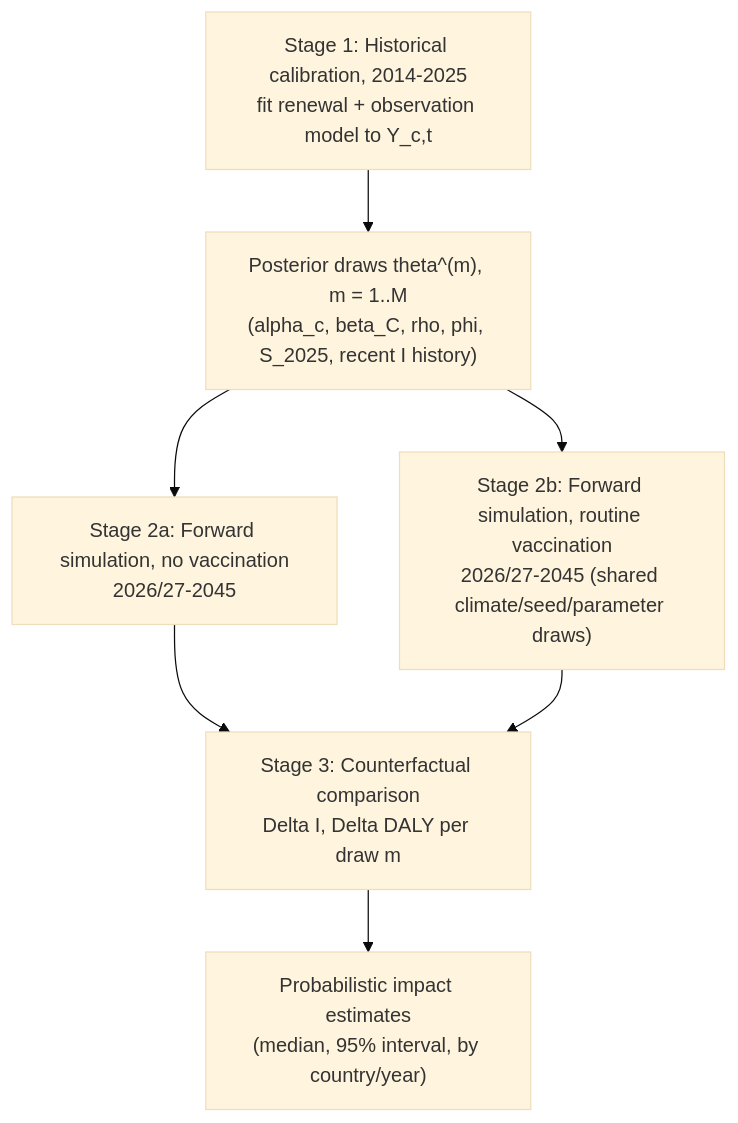
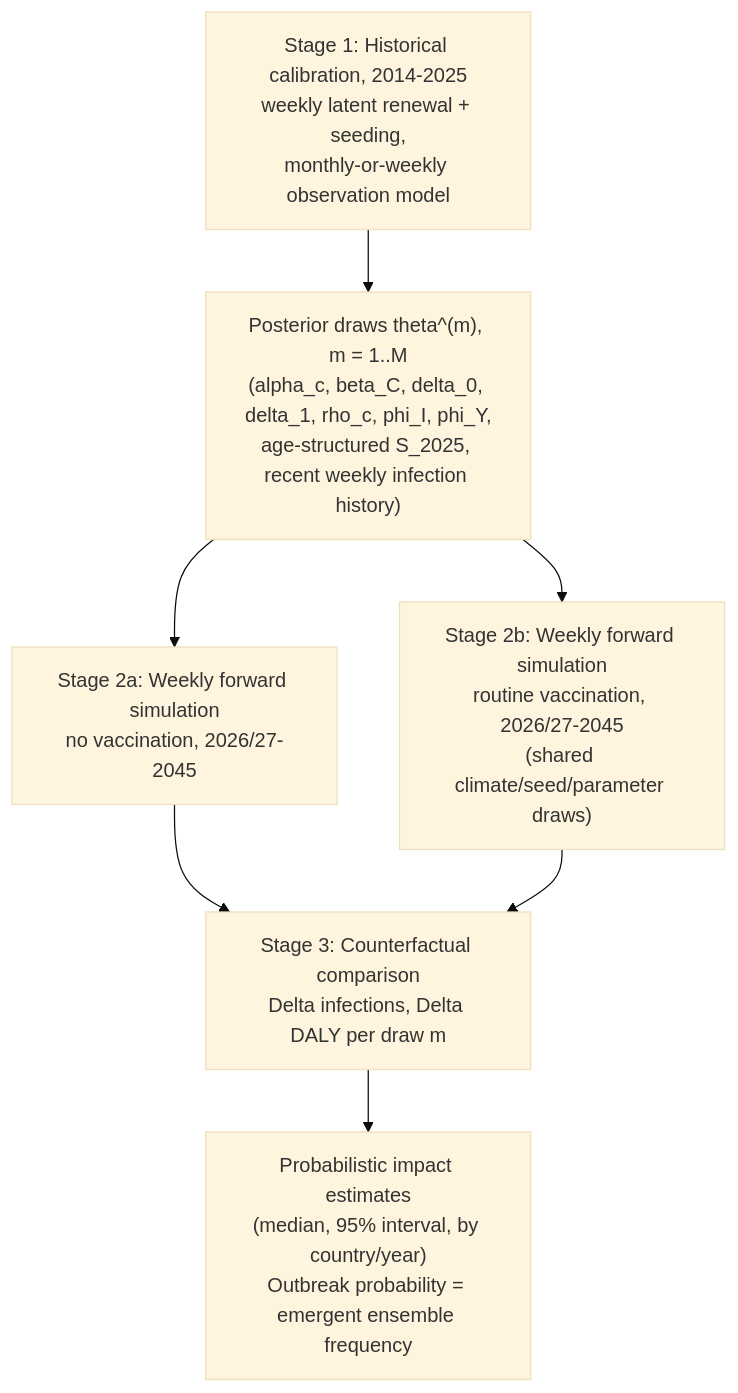
The first of 2 diagrams in docs/proposal_climate_renewal_immunisation.md (hyolimkang/CHIK_CLIM), drawn with Mermaid (base theme) before and after one commit. The commit also changed other lines of this file, not shown here.

Commit message:
Revise renewal-model proposal: weekly latent process, seeding in calibration, native age-transmission coupling, country data tiers, emergent outbreak probability, literature generation-interval kernel

````diff
--- a/docs/proposal_climate_renewal_immunisation.md
+++ b/docs/proposal_climate_renewal_immunisation.md
@@ -75,9 +140,9 @@
 ```mermaid
 flowchart TD
-    A["Stage 1: Historical calibration, 2014-2025<br/>fit renewal + observation model to Y_c,t"] --> B["Posterior draws theta^(m), m = 1..M<br/>(alpha_c, beta_C, rho, phi, S_2025, recent I history)"]
-    B --> C["Stage 2a: Forward simulation, no vaccination<br/>2026/27-2045"]
-    B --> D["Stage 2b: Forward simulation, routine vaccination<br/>2026/27-2045 (shared climate/seed/parameter draws)"]
-    C --> E["Stage 3: Counterfactual comparison<br/>Delta I, Delta DALY per draw m"]
+    A["Stage 1: Historical calibration, 2014-2025<br/>weekly latent renewal + seeding,<br/>monthly-or-weekly observation model"] --> B["Posterior draws theta^(m), m = 1..M<br/>(alpha_c, beta_C, delta_0, delta_1, rho_c, phi_I, phi_Y,<br/>age-structured S_2025, recent weekly infection history)"]
+    B --> C["Stage 2a: Weekly forward simulation<br/>no vaccination, 2026/27-2045"]
+    B --> D["Stage 2b: Weekly forward simulation<br/>routine vaccination, 2026/27-2045<br/>(shared climate/seed/parameter draws)"]
+    C --> E["Stage 3: Counterfactual comparison<br/>Delta infections, Delta DALY per draw m"]
     D --> E
-    E --> F["Probabilistic impact estimates<br/>(median, 95% interval, by country/year)"]
+    E --> F["Probabilistic impact estimates<br/>(median, 95% interval, by country/year)<br/>Outbreak probability = emergent ensemble frequency"]
 ```
````
